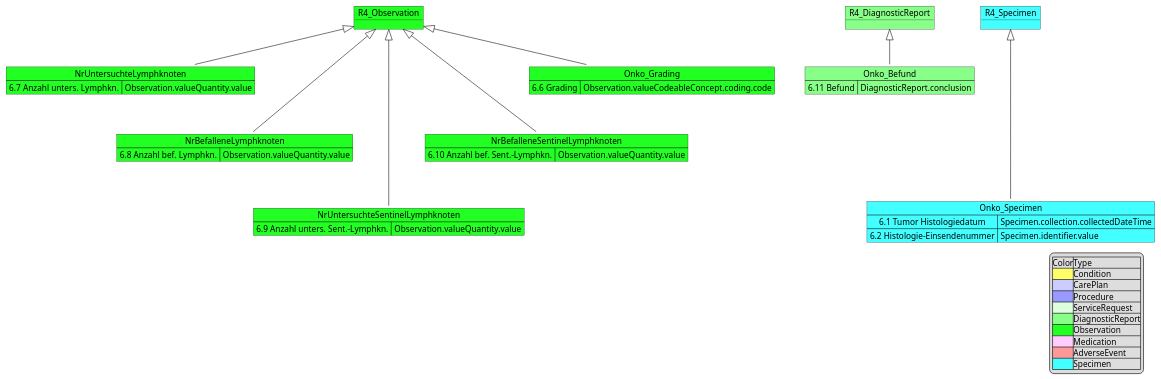
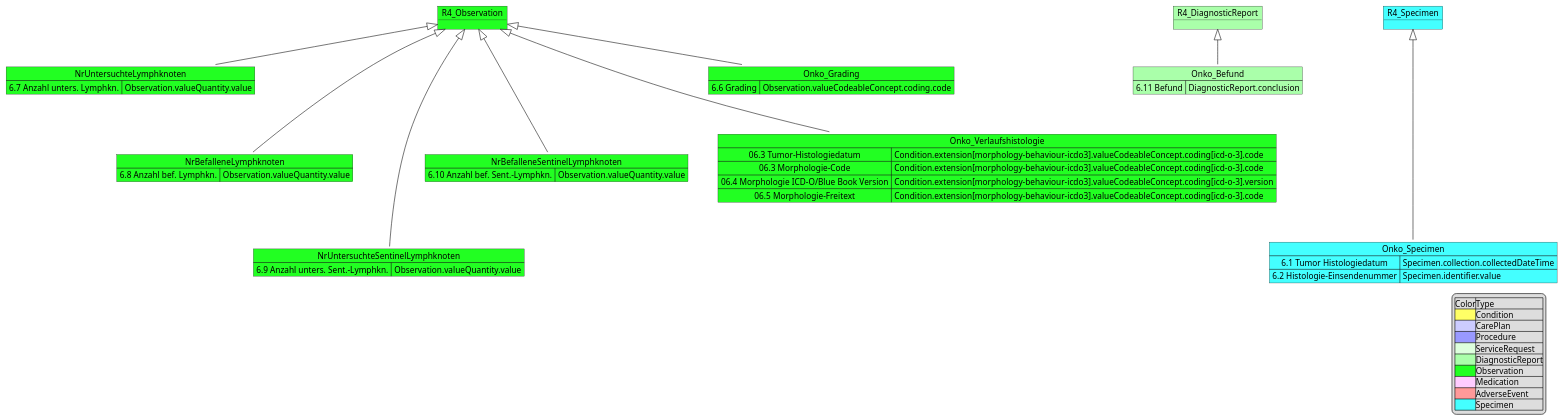
Before and after one commit to medizininformatik-initiative/kerndatensatzmodul-onkologie: the diagram in input/images-source/MII_Onko_06_Histologie.pu, drawn with PlantUML.

Commit message:
added fields and dependency for Verlaufshistology

```diff
--- a/input/images-source/MII_Onko_06_Histologie.pu
+++ b/input/images-source/MII_Onko_06_Histologie.pu
@@ -1,65 +1,74 @@
 @startuml MII_Onko_06_Histologie
 
 object R4_Observation #22FF22
 
 Map  NrUntersuchteLymphknoten #22FF22 {
     6.7 Anzahl unters. Lymphkn. => Observation.valueQuantity.value
 }
 
 R4_Observation <|-down- NrUntersuchteLymphknoten
 
 Map NrBefalleneLymphknoten #22FF22 {
 6.8 Anzahl bef. Lymphkn. => Observation.valueQuantity.value
 }
 R4_Observation <|-down-- NrBefalleneLymphknoten
 
 
 Map NrUntersuchteSentinelLymphknoten  #22FF22{
 6.9 Anzahl unters. Sent.-Lymphkn. => Observation.valueQuantity.value
 }
 
 R4_Observation <|-down--- NrUntersuchteSentinelLymphknoten
 
 Map NrBefalleneSentinelLymphknoten  #22FF22{
 6.10 Anzahl bef. Sent.-Lymphkn. => Observation.valueQuantity.value
 }
 R4_Observation <|-down-- NrBefalleneSentinelLymphknoten
 
+Map Onko_Verlaufshistologie #22FF22 {
+    06.3 Tumor-Histologiedatum=> Condition.extension[morphology-behaviour-icdo3].valueCodeableConcept.coding[icd-o-3].code
+    06.3 Morphologie-Code => Condition.extension[morphology-behaviour-icdo3].valueCodeableConcept.coding[icd-o-3].code
+    06.4 Morphologie ICD-O/Blue Book Version => Condition.extension[morphology-behaviour-icdo3].valueCodeableConcept.coding[icd-o-3].version
+    06.5 Morphologie-Freitext => Condition.extension[morphology-behaviour-icdo3].valueCodeableConcept.coding[icd-o-3].code
+}
+
+R4_Observation <|-down-- Onko_Verlaufshistologie
 
 
 Map Onko_Grading #22FF22 {
 6.6 Grading =>Observation.valueCodeableConcept.coding.code
 }
 R4_Observation <|-- Onko_Grading
 
-Map Onko_Befund #88FF88{
+Map Onko_Befund #AAFFAA{
 6.11 Befund => DiagnosticReport.conclusion
 }
 
  
-object R4_DiagnosticReport #88FF88
+object R4_DiagnosticReport #AAFFAA
 R4_DiagnosticReport <|-- Onko_Befund 
 
 Map Onko_Specimen #44FFFF {
 6.1 Tumor Histologiedatum => Specimen.collection.collectedDateTime
 6.2 Histologie-Einsendenummer => Specimen.identifier.value
 }
+
 object R4_Specimen #44FFFF
 R4_Specimen <|---- Onko_Specimen
 
 legend right 
 |Color|Type|
 |<#FFFF66>|Condition|
 |<#CCCCFF>|CarePlan|
 |<#9999FF>|Procedure|
 |<#DDFFDD>|ServiceRequest|
-|<#88FF88>|DiagnosticReport|
+|<#AAFFAA>|DiagnosticReport|
 |<#22FF22>|Observation|
 |<#FFCCFF>|Medication|
 |<#FF9999>|AdverseEvent|
 |<#44FFFF>|Specimen|
 endlegend
 
 
 
 @enduml
```
